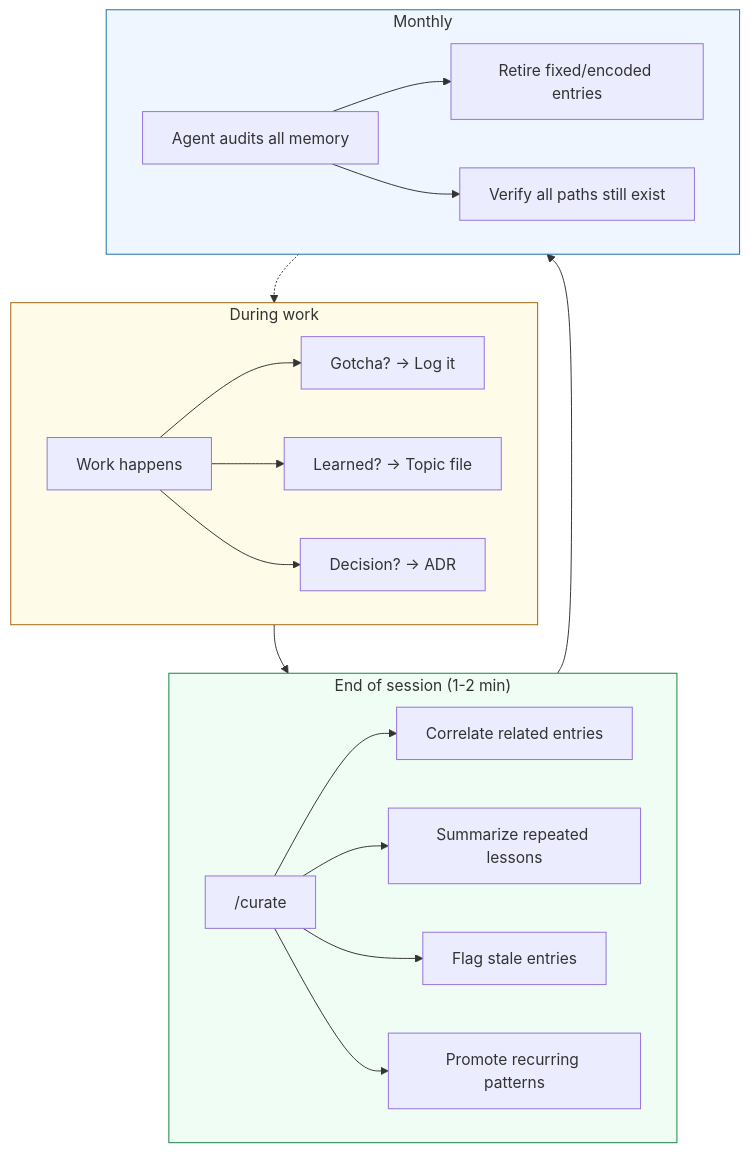
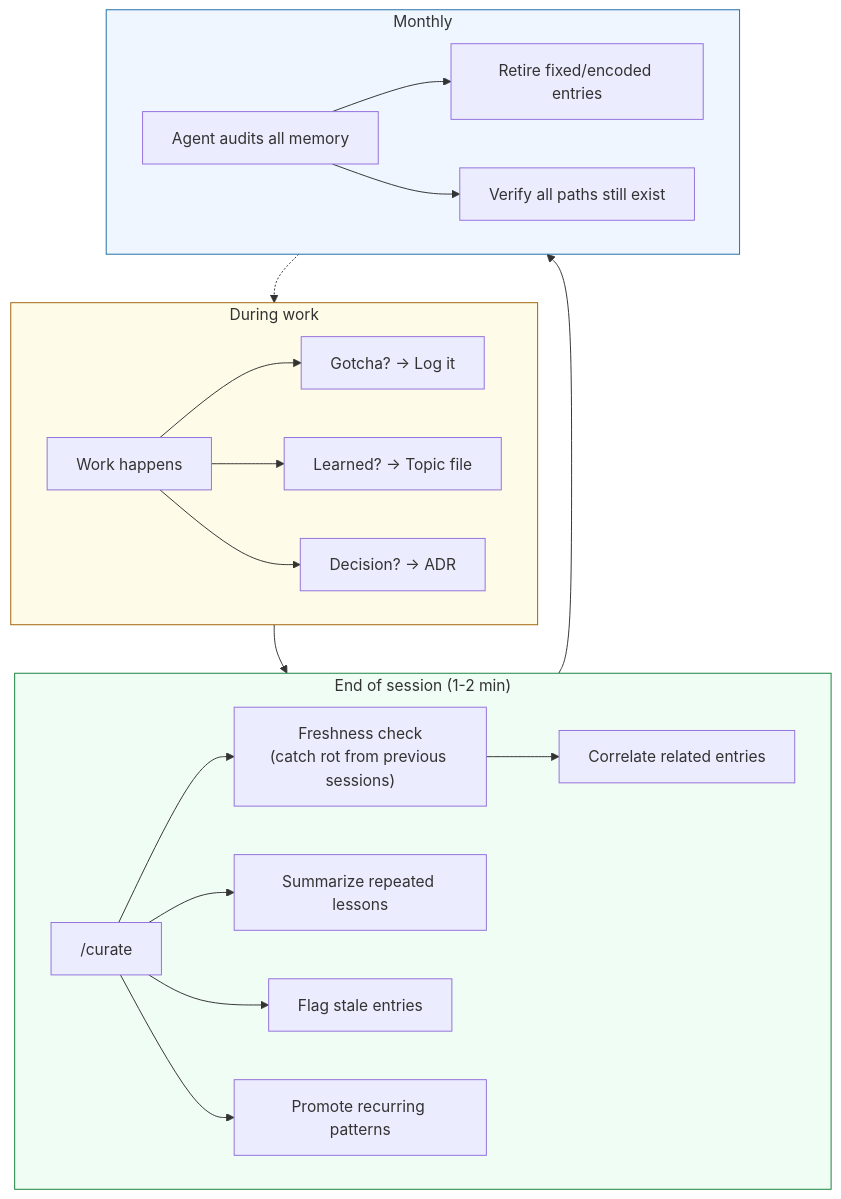
Before and after one commit to ducroq/agent-ready-projects: the fourth of 4 diagrams in docs/guide/04-the-rhythm.md, drawn with Mermaid. The commit also changed other lines of this file and 4 other files, not shown here.

First line of the commit message:
v1.4.0: Add freshness check to /curate — catch context rot between sessions

````diff
--- a/docs/guide/04-the-rhythm.md
+++ b/docs/guide/04-the-rhythm.md
@@ -93,31 +96,32 @@
 ```mermaid
 flowchart TD
     subgraph during["During work"]
         W["Work happens"]
         W --> Gotcha["Gotcha? → Log it"]
         W --> Learn["Learned? → Topic file"]
         W --> Decide["Decision? → ADR"]
     end
 
     subgraph eos["End of session (1-2 min)"]
         Curate["/curate"]
-        Curate --> Correlate["Correlate related entries"]
+        Curate --> Fresh["Freshness check<br/>(catch rot from previous sessions)"]
+        Fresh --> Correlate["Correlate related entries"]
         Curate --> Summarize["Summarize repeated lessons"]
         Curate --> Prune["Flag stale entries"]
         Curate --> Promote["Promote recurring patterns"]
     end
 
     subgraph monthly["Monthly"]
         Audit["Agent audits all memory"]
         Audit --> Retire["Retire fixed/encoded entries"]
         Audit --> Verify["Verify all paths still exist"]
     end
 
     during --> eos
     eos --> monthly
     monthly -.-> during
 
     style during fill:#fefce8,stroke:#a16207
     style eos fill:#f0fdf4,stroke:#16803c
     style monthly fill:#eff6ff,stroke:#1d6fa5
 ```
````
